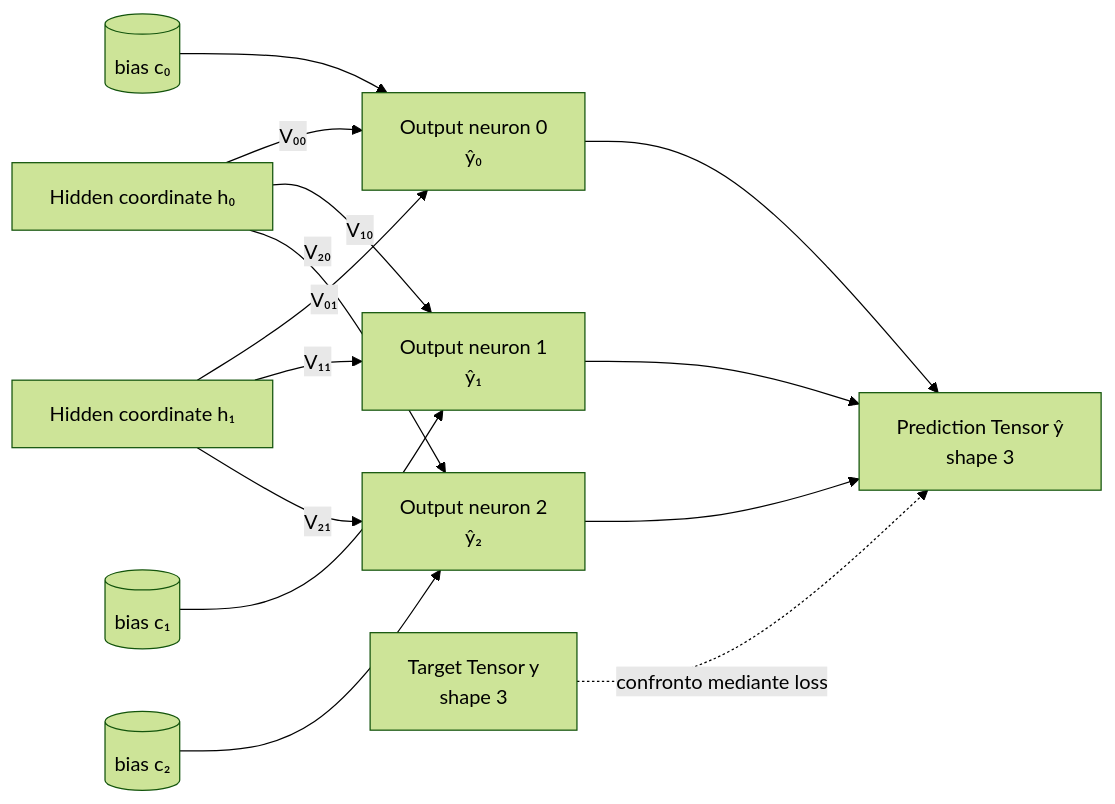
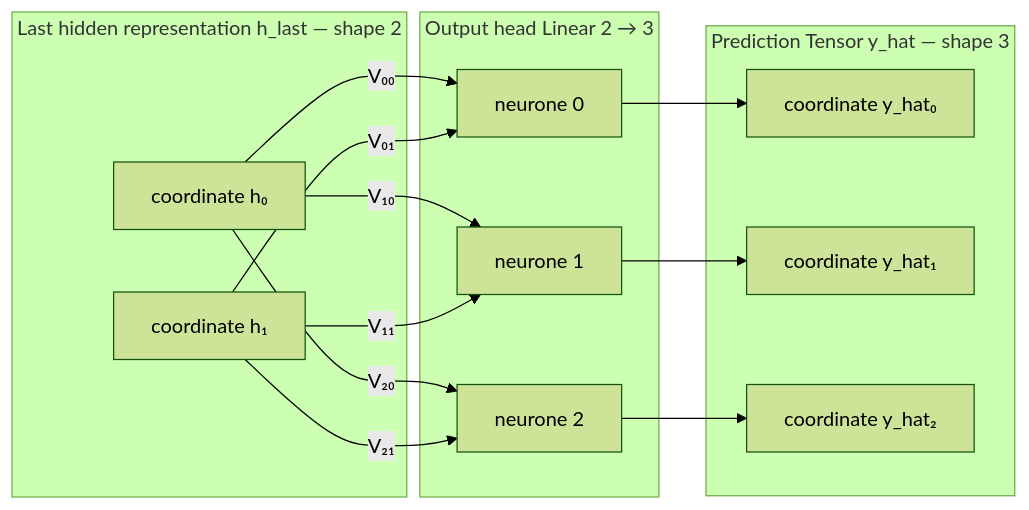
Before and after one commit to andreatramacere/AI-Lab: the seventh of 9 diagrams in chapters/01-building-a-framework-to-understand-deep-learning.md, drawn with Mermaid (forest theme). The commit also changed other lines of this file, not shown here.

````diff
--- a/chapters/01-building-a-framework-to-understand-deep-learning.md
+++ b/chapters/01-building-a-framework-to-understand-deep-learning.md
@@ -845,19 +855,30 @@
 ```mermaid
 flowchart LR
-    H0[Hidden coordinate h₀] -->|V₀₀| O0[Output neuron 0<br/>ŷ₀]
-    H1[Hidden coordinate h₁] -->|V₀₁| O0
-    C0[(bias c₀)] --> O0
+    subgraph H[Last hidden representation h_last — shape 2]
+        H0[coordinate h₀]
+        H1[coordinate h₁]
+    end
 
-    H0 -->|V₁₀| O1[Output neuron 1<br/>ŷ₁]
-    H1 -->|V₁₁| O1
-    C1[(bias c₁)] --> O1
+    subgraph HEAD[Output head Linear 2 → 3]
+        N0[neurone 0]
+        N1[neurone 1]
+        N2[neurone 2]
+    end
 
-    H0 -->|V₂₀| O2[Output neuron 2<br/>ŷ₂]
-    H1 -->|V₂₁| O2
-    C2[(bias c₂)] --> O2
+    subgraph O[Prediction Tensor y_hat — shape 3]
+        Y0[coordinate y_hat₀]
+        Y1[coordinate y_hat₁]
+        Y2[coordinate y_hat₂]
+    end
 
-    O0 --> P[Prediction Tensor ŷ<br/>shape 3]
-    O1 --> P
-    O2 --> P
-    T[Target Tensor y<br/>shape 3] -. confronto mediante loss .-> P
+    H0 -->|V₀₀| N0
+    H1 -->|V₀₁| N0
+    H0 -->|V₁₀| N1
+    H1 -->|V₁₁| N1
+    H0 -->|V₂₀| N2
+    H1 -->|V₂₁| N2
+
+    N0 --> Y0
+    N1 --> Y1
+    N2 --> Y2
 ```
````
